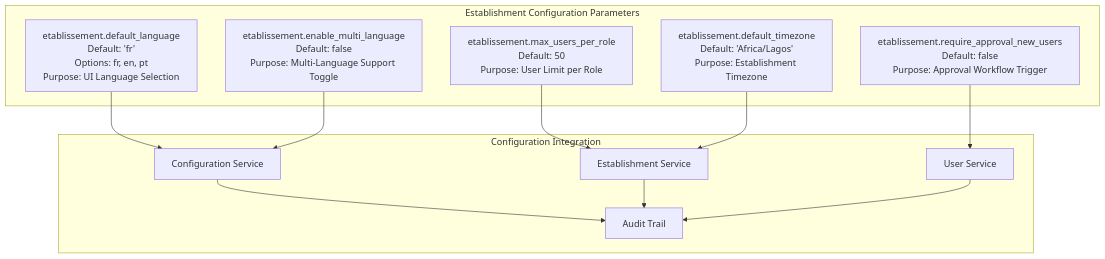
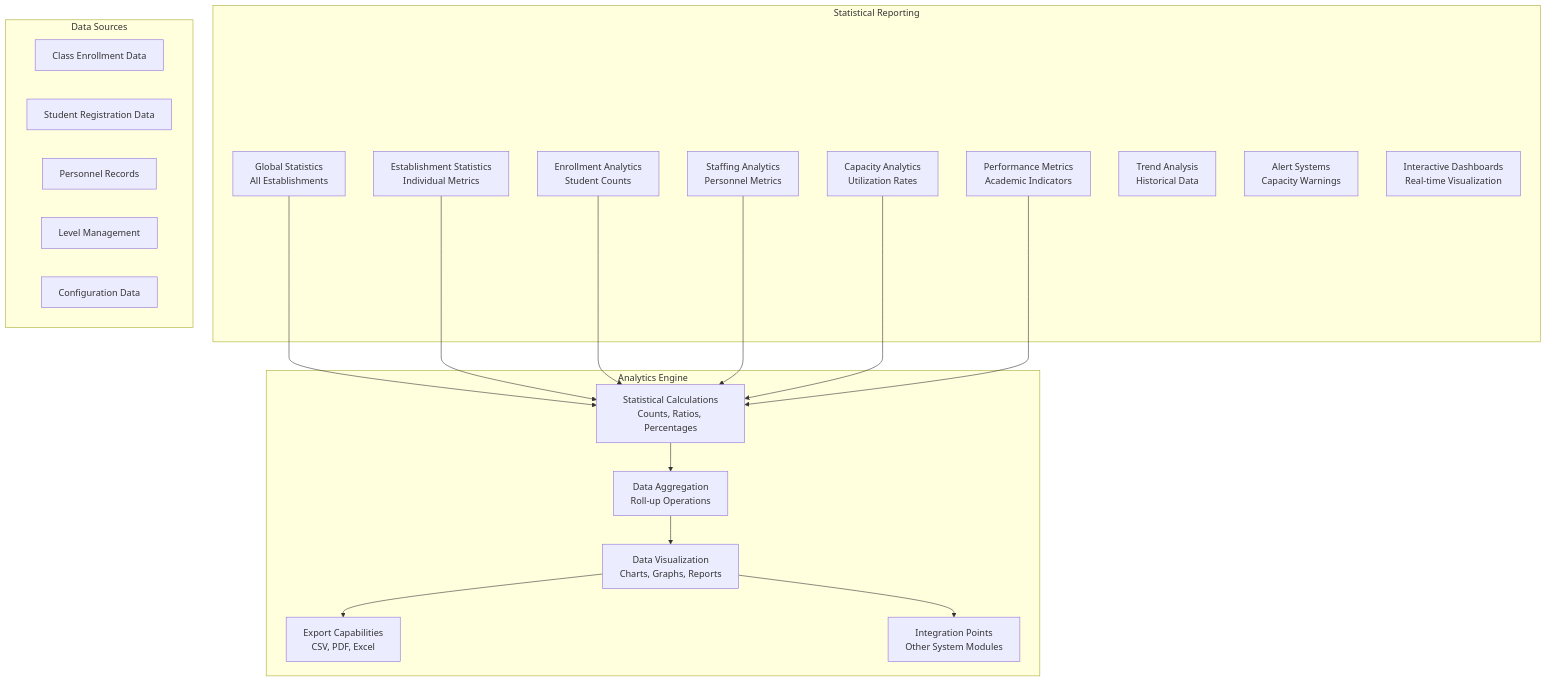
The sixth of 11 diagrams in .qoder/repowiki/en/content/Modules & Features/Administrative Modules/Establishment Management.md (franckylab/eLISAschool), drawn with Mermaid before and after one commit. The commit also changed other lines of this file and 95 other files, not shown here.

First line of the commit message:
refactor(architecture): corriger la source de vérité des informations établissement

````diff
--- a/.qoder/repowiki/en/content/Modules & Features/Administrative Modules/Establishment Management.md
+++ b/.qoder/repowiki/en/content/Modules & Features/Administrative Modules/Establishment Management.md
@@ -295,24 +426,38 @@
 ```mermaid
 graph TB
-subgraph "Establishment Configuration Parameters"
-DefaultLanguage["etablissement.default_language<br/>Default: 'fr'<br/>Options: fr, en, pt<br/>Purpose: UI Language Selection"]
-MaxUsersPerRole["etablissement.max_users_per_role<br/>Default: 50<br/>Purpose: User Limit per Role"]
-RequireApproval["etablissement.require_approval_new_users<br/>Default: false<br/>Purpose: Approval Workflow Trigger"]
-DefaultTimezone["etablissement.default_timezone<br/>Default: 'Africa/Lagos'<br/>Purpose: Establishment Timezone"]
-EnableMultiLanguage["etablissement.enable_multi_language<br/>Default: false<br/>Purpose: Multi-Language Support Toggle"]
+subgraph "Statistical Reporting"
+GlobalStats["Global Statistics<br/>All Establishments"]
+EtablissementStats["Establishment Statistics<br/>Individual Metrics"]
+Enrollment["Enrollment Analytics<br/>Student Counts"]
+Staffing["Staffing Analytics<br/>Personnel Metrics"]
+Capacity["Capacity Analytics<br/>Utilization Rates"]
+Performance["Performance Metrics<br/>Academic Indicators"]
+Trends["Trend Analysis<br/>Historical Data"]
+Alerts["Alert Systems<br/>Capacity Warnings"]
+Dashboards["Interactive Dashboards<br/>Real-time Visualization"]
 end
-subgraph "Configuration Integration"
-ConfigService["Configuration Service"]
-EstablishmentService["Establishment Service"]
-UserService["User Service"]
-AuditTrail["Audit Trail"]
+subgraph "Data Sources"
+Classes["Class Enrollment Data"]
+Students["Student Registration Data"]
+Personnel["Personnel Records"]
+Niveaux["Level Management"]
+Config["Configuration Data"]
 end
-DefaultLanguage --> ConfigService
-MaxUsersPerRole --> EstablishmentService
-RequireApproval --> UserService
-DefaultTimezone --> EstablishmentService
-EnableMultiLanguage --> ConfigService
-ConfigService --> AuditTrail
-EstablishmentService --> AuditTrail
-UserService --> AuditTrail
+subgraph "Analytics Engine"
+Calculations["Statistical Calculations<br/>Counts, Ratios, Percentages"]
+Aggregation["Data Aggregation<br/>Roll-up Operations"]
+Visualization["Data Visualization<br/>Charts, Graphs, Reports"]
+Export["Export Capabilities<br/>CSV, PDF, Excel"]
+Integration["Integration Points<br/>Other System Modules"]
+end
+GlobalStats --> Calculations
+EtablissementStats --> Calculations
+Enrollment --> Calculations
+Staffing --> Calculations
+Capacity --> Calculations
+Performance --> Calculations
+Calculations --> Aggregation
+Aggregation --> Visualization
+Visualization --> Export
+Visualization --> Integration
 ```
````
